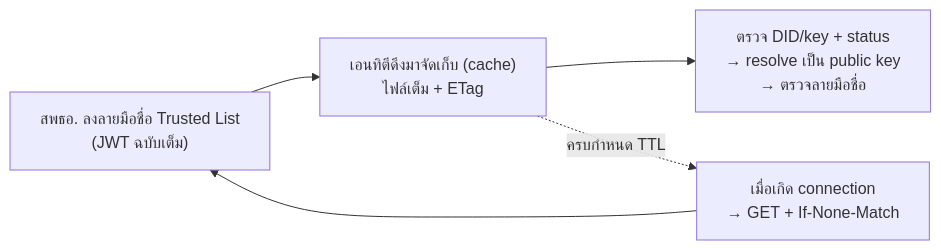
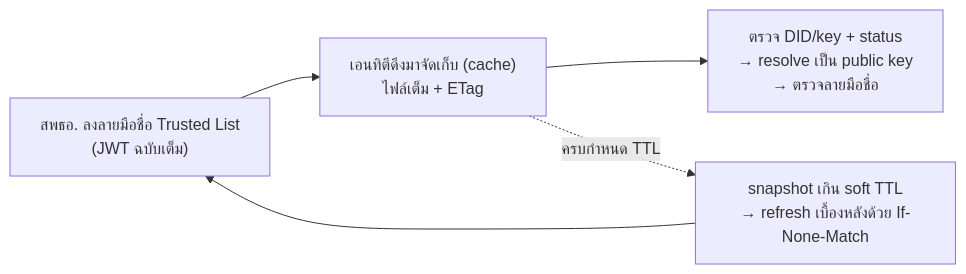
One commit to ETDA/vcdoc changed the second of 4 diagrams in docs/thai-vc-arf/09-trust-model-3.md. Above: the diagram before and after it, drawn with Mermaid. The commit also changed other lines of this file and 22 other files, not shown here.

````diff
--- a/docs/thai-vc-arf/09-trust-model-3.md
+++ b/docs/thai-vc-arf/09-trust-model-3.md
@@ -70,9 +70,9 @@
 ```mermaid
 flowchart LR
     ETDA["สพธอ. ลงลายมือชื่อ Trusted List<br/>(JWT ฉบับเต็ม)"]
     CACHE["เอนทิตีดึงมาจัดเก็บ (cache)<br/>ไฟล์เต็ม + ETag"]
     VERIFY["ตรวจ DID/key + status<br/>→ resolve เป็น public key<br/>→ ตรวจลายมือชื่อ"]
-    REFRESH["เมื่อเกิด connection<br/>→ GET + If-None-Match"]
+    REFRESH["snapshot เกิน soft TTL<br/>→ refresh เบื้องหลังด้วย If-None-Match"]
     ETDA --> CACHE --> VERIFY
     CACHE -.->|"ครบกำหนด TTL"| REFRESH --> ETDA
 ```
````
